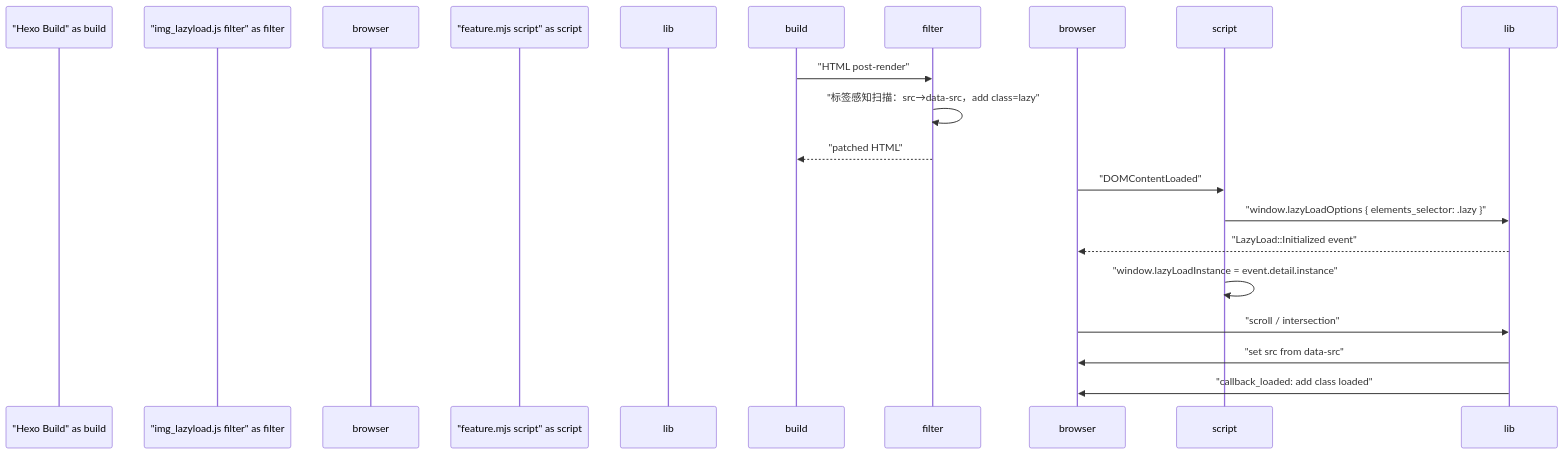
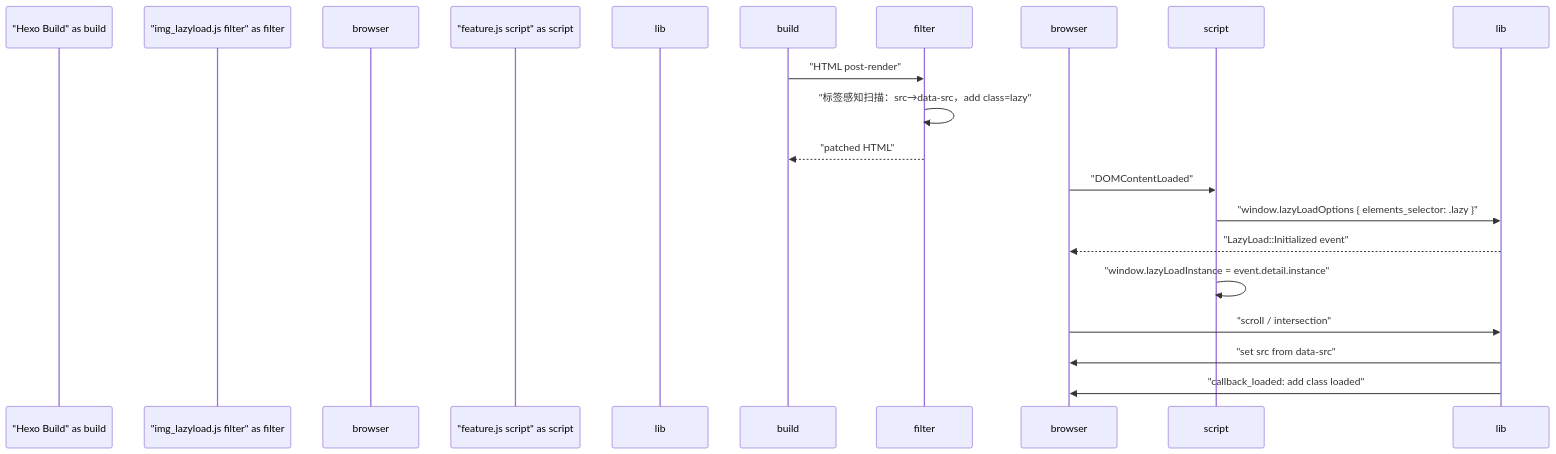
Before and after one commit to xaoxuu/hexo-theme-stellar: the second of 3 diagrams in docs/knowledge/09-高级主题/performance.md, drawn with Mermaid. The commit also changed other lines of this file and 43 other files, not shown here.

````diff
--- a/docs/knowledge/09-高级主题/performance.md
+++ b/docs/knowledge/09-高级主题/performance.md
@@ -90,19 +90,19 @@
 ```mermaid
 sequenceDiagram
   participant "Hexo Build" as build
   participant "img_lazyload.js filter" as filter
   participant "Browser" as browser
-  participant "feature.mjs script" as script
+  participant "feature.js script" as script
   participant "vanilla-lazyload" as lib
 
   build->>filter: "HTML post-render"
   filter->>filter: "标签感知扫描：src→data-src，add class=lazy"
   filter-->>build: "patched HTML"
   browser->>script: "DOMContentLoaded"
   script->>lib: "window.lazyLoadOptions { elements_selector: .lazy }"
   lib-->>browser: "LazyLoad::Initialized event"
   script->>script: "window.lazyLoadInstance = event.detail.instance"
   browser->>lib: "scroll / intersection"
   lib->>browser: "set src from data-src"
   lib->>browser: "callback_loaded: add class loaded"
 ```
````
